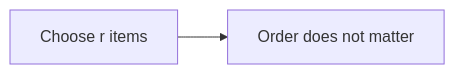
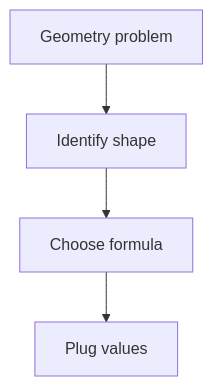
One commit to mthaiseer/springcloud-systemdesign-notes changed diagram 13 of 14 in CP_DSA_NOTES/000_MATH/cp_dsa_math_visual_reference.md. Above: the diagram before and after it, drawn with Mermaid. The commit also changed other lines of this file, not shown here.

````diff
--- a/CP_DSA_NOTES/000_MATH/cp_dsa_math_visual_reference.md
+++ b/CP_DSA_NOTES/000_MATH/cp_dsa_math_visual_reference.md
@@ -603,4 +842,6 @@
 ```mermaid
-flowchart LR
-    A[Choose r items] --> B[Order does not matter]
+flowchart TD
+    A[Geometry problem] --> B[Identify shape]
+    B --> C[Choose formula]
+    C --> D[Plug values]
 ```
````
